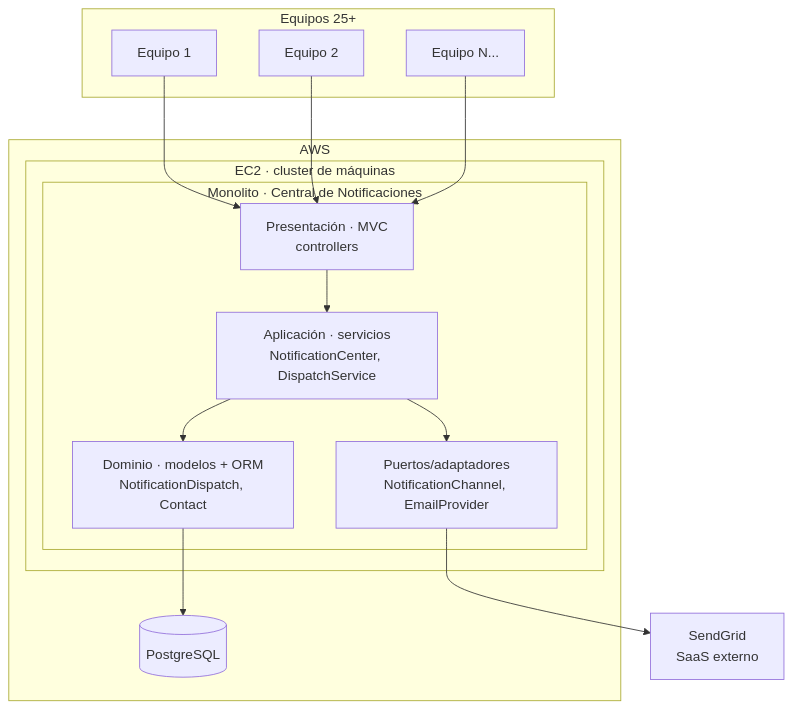
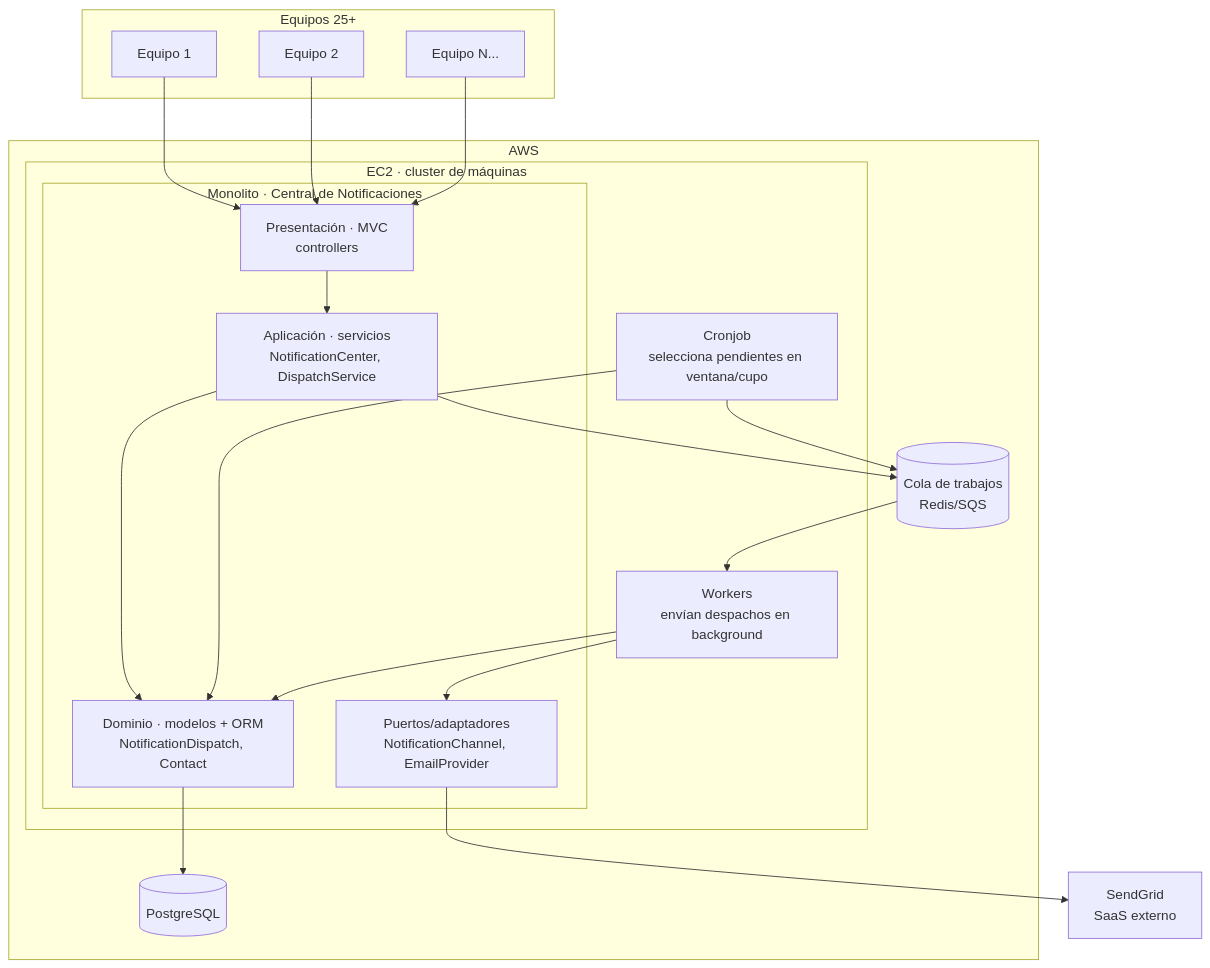
Before and after one commit to medinan/buk-challenge: the third of 13 diagrams in docs/DESIGN.md, drawn with Mermaid. The commit also changed other lines of this file, not shown here.

````diff
--- a/docs/DESIGN.md
+++ b/docs/DESIGN.md
@@ -470,31 +469,39 @@
 ```mermaid
 flowchart TB
     subgraph "Equipos 25+"
         T1[Equipo 1]
         T2[Equipo 2]
         T3[Equipo N...]
     end
 
     subgraph "AWS"
         subgraph "EC2 · cluster de máquinas"
             subgraph "Monolito · Central de Notificaciones"
                 C["Presentación · MVC<br/>controllers"]
                 S["Aplicación · servicios<br/>NotificationCenter, DispatchService"]
                 M["Dominio · modelos + ORM<br/>NotificationDispatch, Contact"]
                 P["Puertos/adaptadores<br/>NotificationChannel, EmailProvider"]
             end
+            CR["Cronjob<br/>selecciona pendientes en ventana/cupo"]
+            W["Workers<br/>envían despachos en background"]
         end
+        Q[("Cola de trabajos<br/>Redis/SQS")]
         DB[(PostgreSQL)]
     end
 
     SG["SendGrid<br/>SaaS externo"]
 
     T1 --> C
     T2 --> C
     T3 --> C
     C --> S
     S --> M
-    S --> P
+    S --> Q
+    CR --> M
+    CR --> Q
+    Q --> W
+    W --> M
+    W --> P
     M --> DB
     P --> SG
 ```
````
